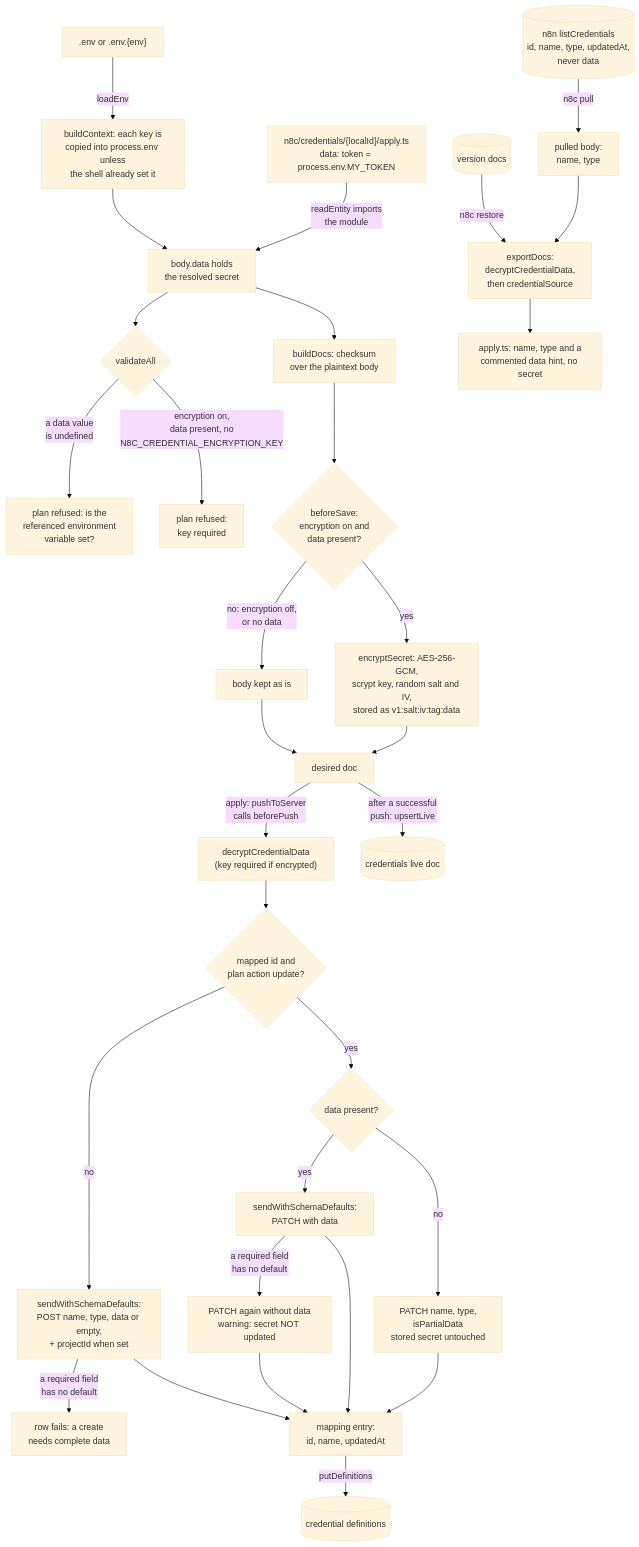
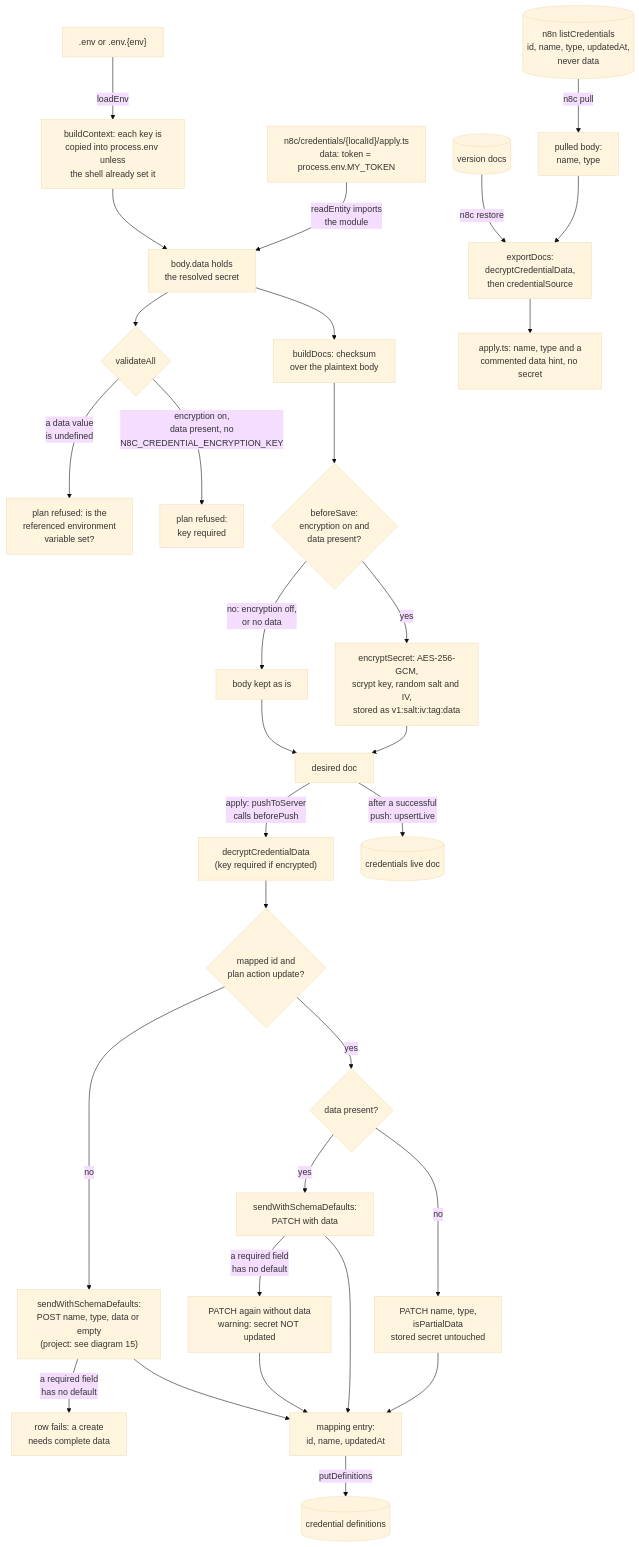
One commit to nullseal/n8c changed the fourth of 15 diagrams in docs/ARCHITECTURE.md. Above: the diagram before and after it, drawn with Mermaid (base theme). The commit also changed other lines of this file and 6 other files, not shown here.

````diff
--- a/docs/ARCHITECTURE.md
+++ b/docs/ARCHITECTURE.md
@@ -256,34 +256,34 @@
 ```mermaid
 flowchart TD
     ENVF[".env or .env.{env}"] -->|"loadEnv"| CTX["buildContext: each key is<br/>copied into process.env unless<br/>the shell already set it"]
     FILE["n8c/credentials/{localId}/apply.ts<br/>data: token = process.env.MY_TOKEN"] -->|"readEntity imports<br/>the module"| BODY["body.data holds<br/>the resolved secret"]
     CTX --> BODY
     BODY --> VAL{"validateAll"}
     VAL -->|"a data value<br/>is undefined"| E1["plan refused: is the<br/>referenced environment<br/>variable set?"]
     VAL -->|"encryption on,<br/>data present, no<br/>N8C_CREDENTIAL_ENCRYPTION_KEY"| E2["plan refused:<br/>key required"]
     BODY --> SUM["buildDocs: checksum<br/>over the plaintext body"]
     SUM --> BSV{"beforeSave:<br/>encryption on and<br/>data present?"}
     BSV -->|"yes"| ENC["encryptSecret: AES-256-GCM,<br/>scrypt key, random salt and IV,<br/>stored as v1:salt:iv:tag:data"]
     BSV -->|"no: encryption off,<br/>or no data"| PLAIN["body kept as is"]
     ENC --> DOC["desired doc"]
     PLAIN --> DOC
     DOC -->|"apply: pushToServer<br/>calls beforePush"| DEC["decryptCredentialData<br/>(key required if encrypted)"]
     DEC --> UP{"mapped id and<br/>plan action update?"}
     UP -->|"yes"| HD{"data present?"}
     HD -->|"no"| P0["PATCH name, type,<br/>isPartialData<br/>stored secret untouched"]
     HD -->|"yes"| SW1["sendWithSchemaDefaults:<br/>PATCH with data"]
     SW1 -->|"a required field<br/>has no default"| P1["PATCH again without data<br/>warning: secret NOT updated"]
-    UP -->|"no"| SW2["sendWithSchemaDefaults:<br/>POST name, type, data or empty,<br/>+ projectId when set"]
+    UP -->|"no"| SW2["sendWithSchemaDefaults:<br/>POST name, type, data or empty<br/>(project: see diagram 15)"]
     SW2 -->|"a required field<br/>has no default"| E3["row fails: a create<br/>needs complete data"]
     P0 --> RES["mapping entry:<br/>id, name, updatedAt"]
     SW1 --> RES
     P1 --> RES
     SW2 --> RES
     RES -->|"putDefinitions"| DEFS[("credential definitions")]
     DOC -->|"after a successful<br/>push: upsertLive"| LIVE[("credentials live doc")]
 
     LIST[("n8n listCredentials<br/>id, name, type, updatedAt,<br/>never data")] -->|"n8c pull"| PB["pulled body:<br/>name, type"]
     PB --> EXP["exportDocs:<br/>decryptCredentialData,<br/>then credentialSource"]
     VDOC[("version docs")] -->|"n8c restore"| EXP
     EXP --> OUTF["apply.ts: name, type and a<br/>commented data hint, no secret"]
 ```
````
